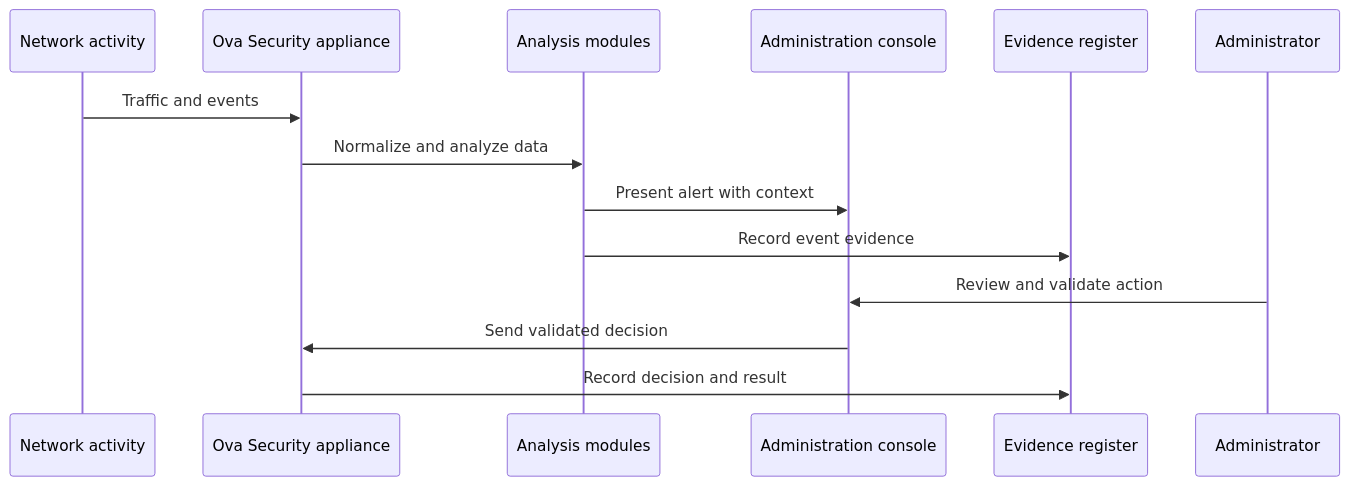
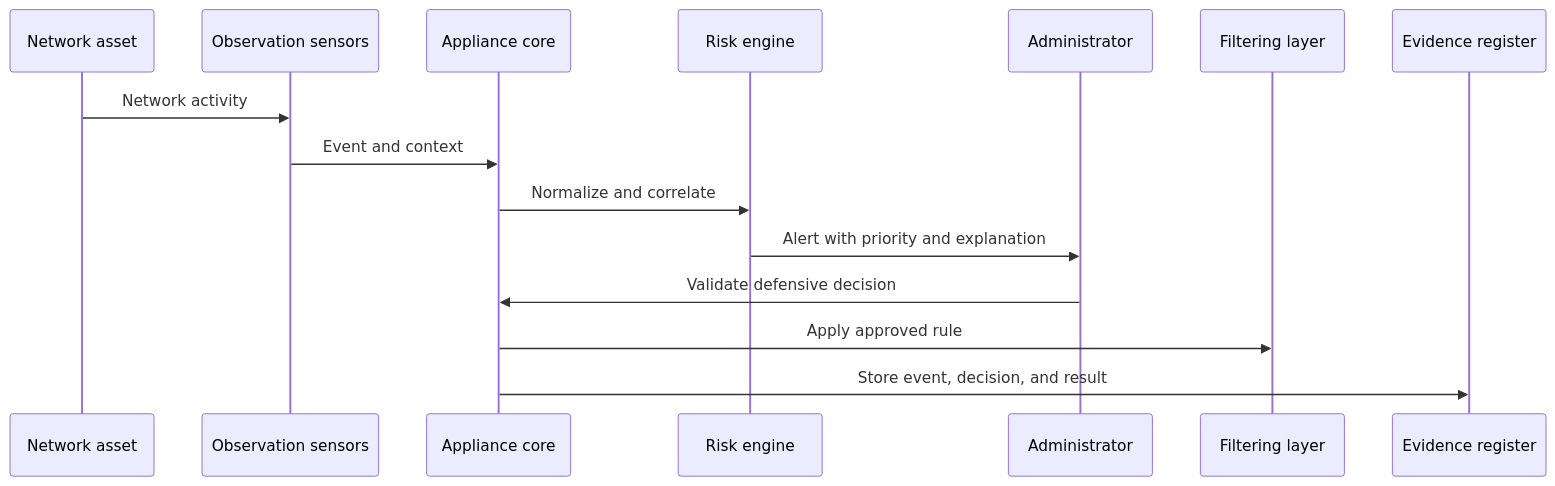
The sixth of 12 diagrams in README.md (G-omar3/Ova_Security), drawn with Mermaid before and after one commit. The commit also changed other lines of this file, not shown here.

Commit message:
Enrich architecture README

````diff
--- a/README.md
+++ b/README.md
@@ -131,17 +338,18 @@
 ```mermaid
 sequenceDiagram
-  participant Network as Network activity
-  participant Appliance as Ova Security appliance
-  participant Analysis as Analysis modules
-  participant Console as Administration console
+  participant Asset as Network asset
+  participant Sensor as Observation sensors
+  participant Core as Appliance core
+  participant Risk as Risk engine
+  participant Admin as Administrator
+  participant Filter as Filtering layer
   participant Ledger as Evidence register
-  participant Admin as Administrator
 
-  Network->>Appliance: Traffic and events
-  Appliance->>Analysis: Normalize and analyze data
-  Analysis->>Console: Present alert with context
-  Analysis->>Ledger: Record event evidence
-  Admin->>Console: Review and validate action
-  Console->>Appliance: Send validated decision
-  Appliance->>Ledger: Record decision and result
+  Asset->>Sensor: Network activity
+  Sensor->>Core: Event and context
+  Core->>Risk: Normalize and correlate
+  Risk->>Admin: Alert with priority and explanation
+  Admin->>Core: Validate defensive decision
+  Core->>Filter: Apply approved rule
+  Core->>Ledger: Store event, decision, and result
 ```
````
